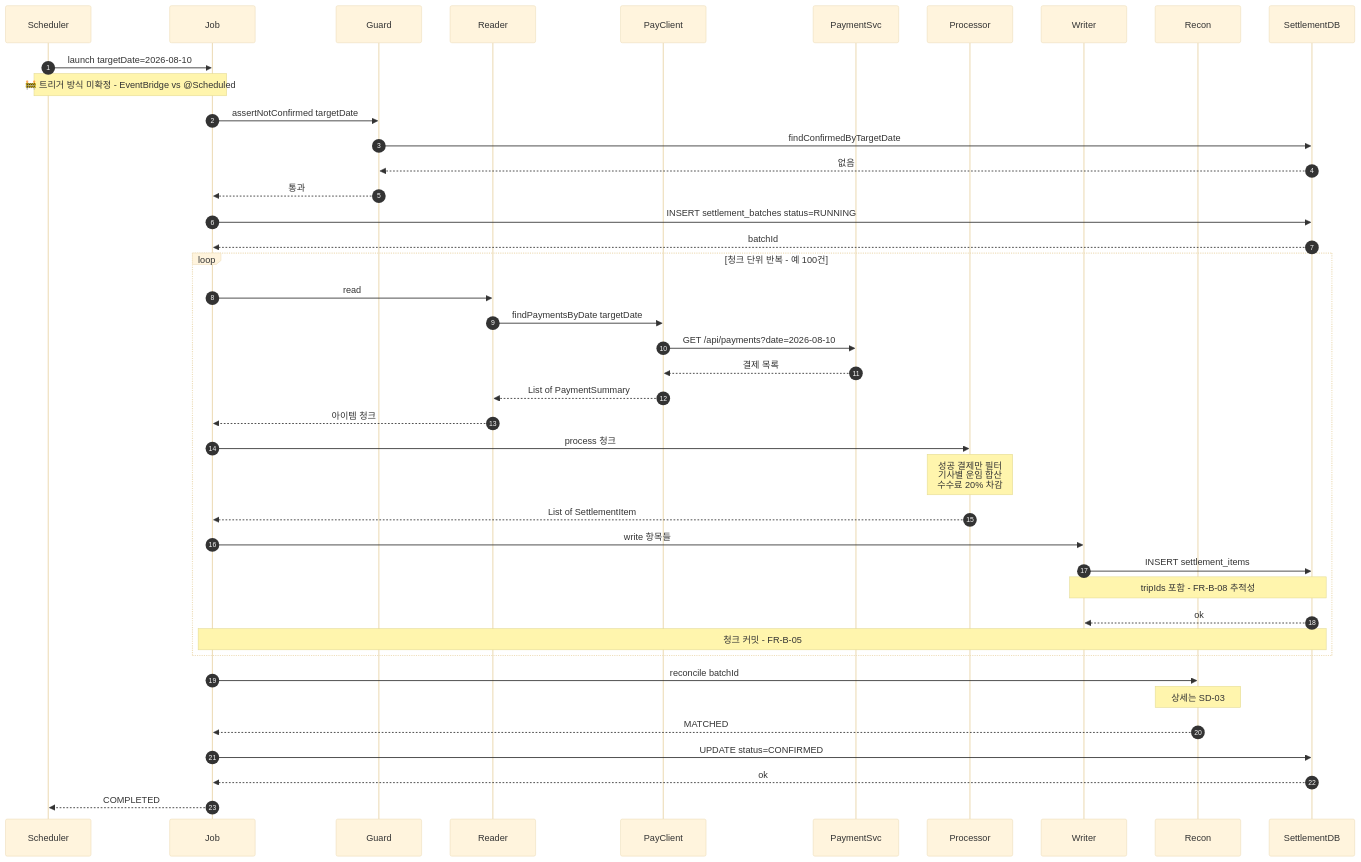
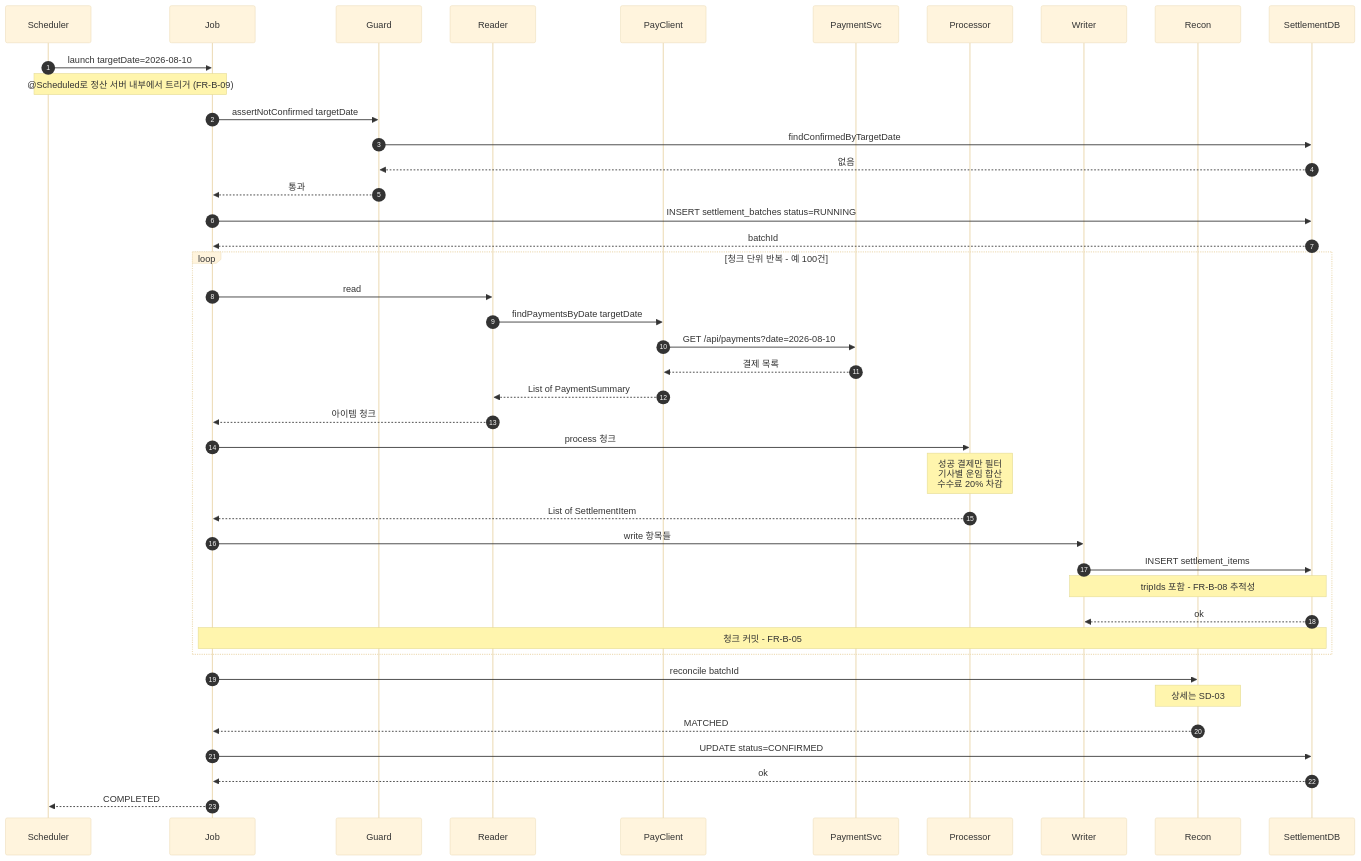
Before and after one commit to Easy-ADJ/driver-settlement-system: the diagram in docs/04-sequence-diagram/01-sd-01-batch-normal-flow.md, drawn with Mermaid (base theme). The commit also changed 26 other files, not shown here.

````diff
--- a/docs/04-sequence-diagram/01-sd-01-batch-normal-flow.md
+++ b/docs/04-sequence-diagram/01-sd-01-batch-normal-flow.md
@@ -9,52 +9,52 @@
 ```mermaid
 sequenceDiagram
     autonumber
     participant Scheduler
     participant Job
     participant Guard
     participant Reader
     participant PayClient
     participant PaymentSvc
     participant Processor
     participant Writer
     participant Recon
     participant SettlementDB
 
     Scheduler->>Job: launch targetDate=2026-08-10
-    Note over Scheduler,Job: 🚧 트리거 방식 미확정 - EventBridge vs @Scheduled
+    Note over Scheduler,Job: @Scheduled로 정산 서버 내부에서 트리거 (FR-B-09)
 
     Job->>Guard: assertNotConfirmed targetDate
     Guard->>SettlementDB: findConfirmedByTargetDate
     SettlementDB-->>Guard: 없음
     Guard-->>Job: 통과
 
     Job->>SettlementDB: INSERT settlement_batches status=RUNNING
     SettlementDB-->>Job: batchId
 
     loop 청크 단위 반복 - 예 100건
         Job->>Reader: read
         Reader->>PayClient: findPaymentsByDate targetDate
         PayClient->>PaymentSvc: GET /api/payments?date=2026-08-10
         PaymentSvc-->>PayClient: 결제 목록
         PayClient-->>Reader: List of PaymentSummary
         Reader-->>Job: 아이템 청크
 
         Job->>Processor: process 청크
         Note over Processor: 성공 결제만 필터<br/>기사별 운임 합산<br/>수수료 20% 차감
         Processor-->>Job: List of SettlementItem
 
         Job->>Writer: write 항목들
         Writer->>SettlementDB: INSERT settlement_items
         Note over Writer,SettlementDB: tripIds 포함 - FR-B-08 추적성
         SettlementDB-->>Writer: ok
         Note over Job,SettlementDB: 청크 커밋 - FR-B-05
     end
 
     Job->>Recon: reconcile batchId
     Note over Recon: 상세는 SD-03
     Recon-->>Job: MATCHED
 
     Job->>SettlementDB: UPDATE status=CONFIRMED
     SettlementDB-->>Job: ok
     Job-->>Scheduler: COMPLETED
 ```
````
